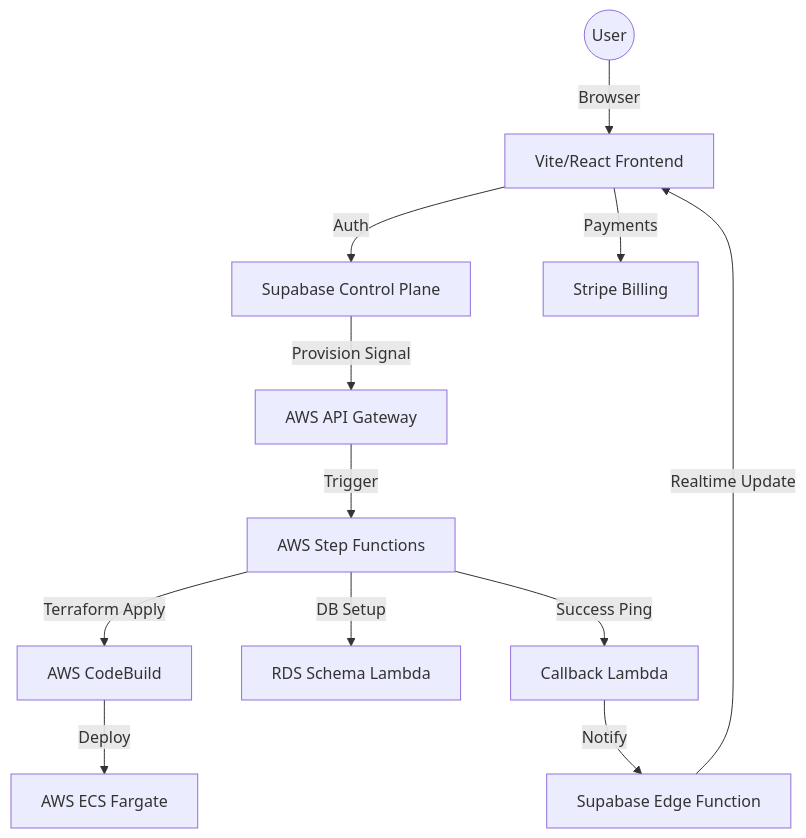
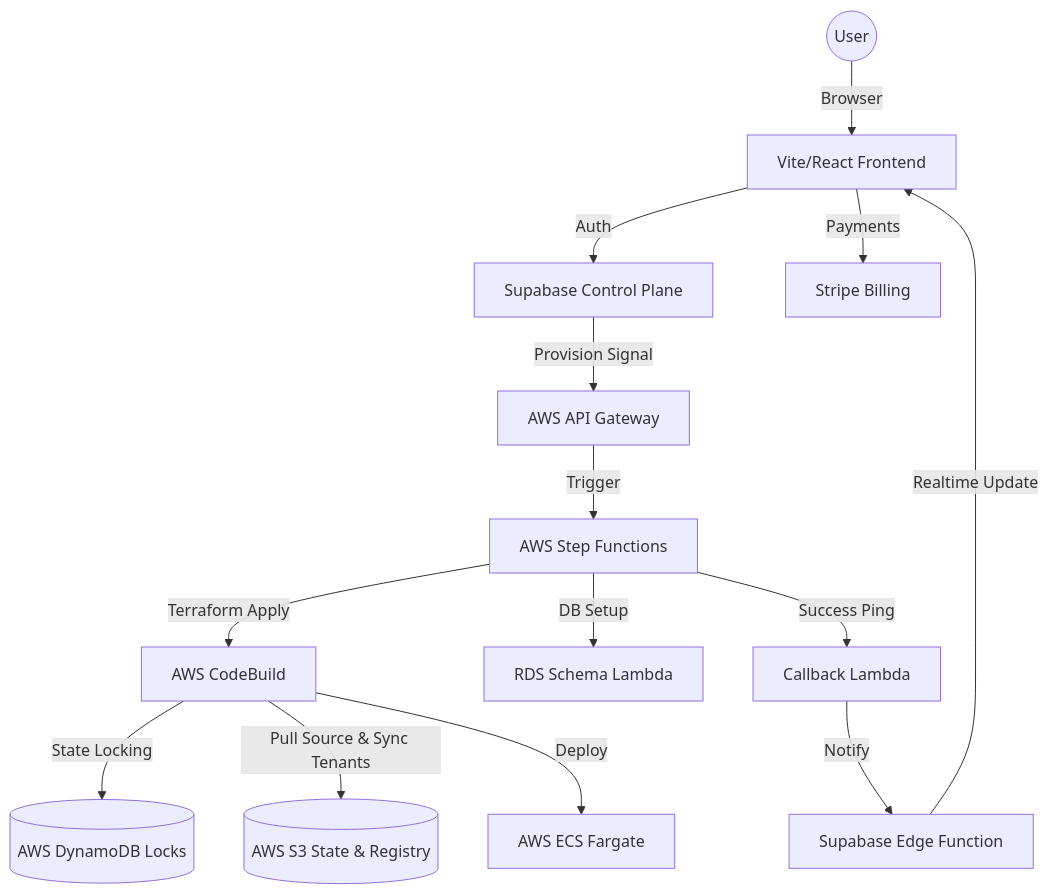
The diagram in ARCHITECTURE.md (BLYMO/blymo-spinout), drawn with Mermaid before and after one commit. The commit also changed other lines of this file and 1 other file, not shown here.

Commit message:
docs: document DynamoDB state locking and S3 backend in architecture diagrams and readme

````diff
--- a/ARCHITECTURE.md
+++ b/ARCHITECTURE.md
@@ -11,17 +11,19 @@
 ```mermaid
 graph TD
     User((User)) -->|Browser| Frontend[Vite/React Frontend]
     Frontend -->|Auth| Supabase[Supabase Control Plane]
     Frontend -->|Payments| Stripe[Stripe Billing]
     
     Supabase -->|Provision Signal| APIGW[AWS API Gateway]
     APIGW -->|Trigger| SFN[AWS Step Functions]
     
     SFN -->|Terraform Apply| CB[AWS CodeBuild]
     SFN -->|DB Setup| LambdaDB[RDS Schema Lambda]
     SFN -->|Success Ping| LambdaNotify[Callback Lambda]
     
+    CB -->|State Locking| DDB[(AWS DynamoDB Locks)]
+    CB -->|Pull Source & Sync Tenants| S3[(AWS S3 State & Registry)]
     CB -->|Deploy| ECS[AWS ECS Fargate]
     LambdaNotify -->|Notify| EdgeFunc[Supabase Edge Function]
     EdgeFunc -->|Realtime Update| Frontend
 ```
````
